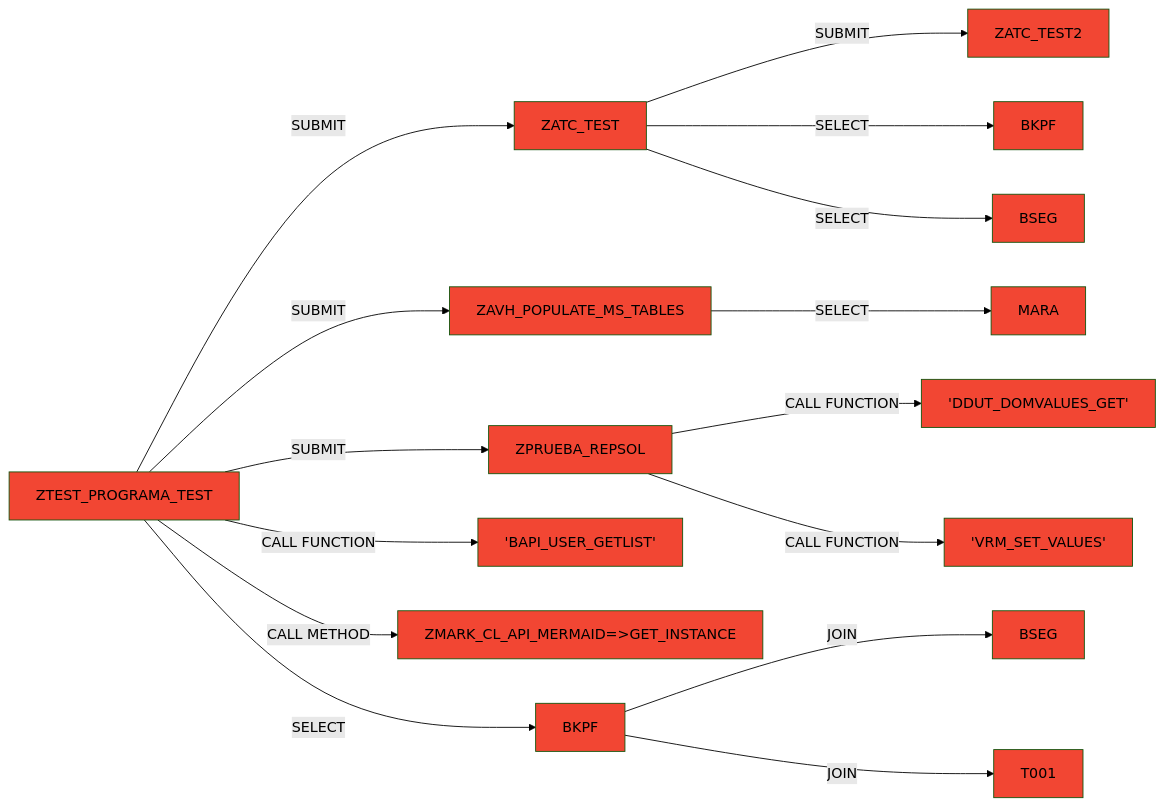
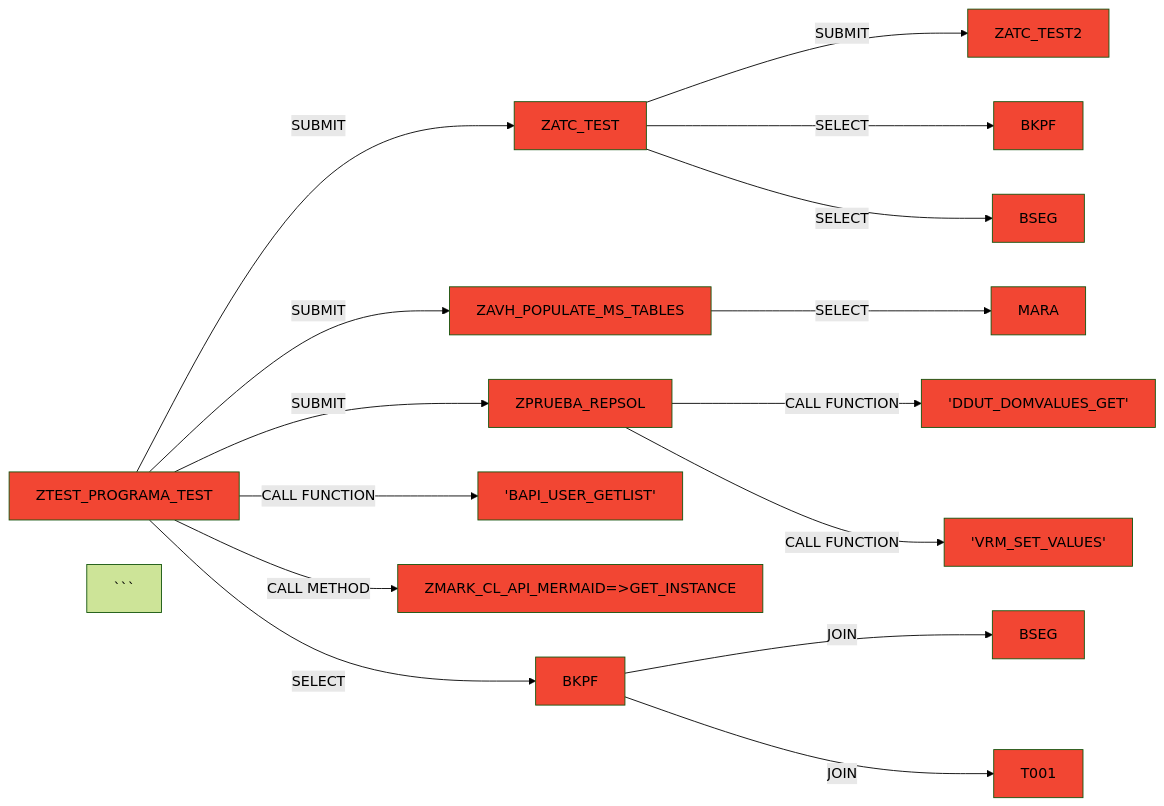
The diagram in ZTEST_PROGRAMA_TEST20181105224217.mdZTEST_PROGRAMA_TEST20181105224217_mermaid.mmd (Guilledeluxe/MarkDown03), drawn with Mermaid (forest theme) before and after one commit.

````diff
--- a/ZTEST_PROGRAMA_TEST20181105224217.mdZTEST_PROGRAMA_TEST20181105224217_mermaid.mmd
+++ b/ZTEST_PROGRAMA_TEST20181105224217.mdZTEST_PROGRAMA_TEST20181105224217_mermaid.mmd
@@ -1,32 +1,31 @@
-```mermaid
 graph LR
 A[ZTEST_PROGRAMA_TEST] -- SUBMIT -->B[ZATC_TEST]
 A[ZTEST_PROGRAMA_TEST] -- SUBMIT -->C[ZAVH_POPULATE_MS_TABLES]
 A[ZTEST_PROGRAMA_TEST] -- SUBMIT -->D[ZPRUEBA_REPSOL]
 A[ZTEST_PROGRAMA_TEST] -- CALL FUNCTION -->E['BAPI_USER_GETLIST']
 A[ZTEST_PROGRAMA_TEST] -- CALL METHOD -->F[ZMARK_CL_API_MERMAID=>GET_INSTANCE]
 A[ZTEST_PROGRAMA_TEST] -- SELECT -->G[BKPF]
 G[BKPF] -- JOIN -->H[BSEG]
 G[BKPF] -- JOIN -->I[T001]
 B[ZATC_TEST] -- SUBMIT -->J[ZATC_TEST2]
 B[ZATC_TEST] -- SELECT -->K[BKPF]
 B[ZATC_TEST] -- SELECT -->L[BSEG]
 C[ZAVH_POPULATE_MS_TABLES] -- SELECT -->M[MARA]
 D[ZPRUEBA_REPSOL] -- CALL FUNCTION -->N['DDUT_DOMVALUES_GET']
 D[ZPRUEBA_REPSOL] -- CALL FUNCTION -->O['VRM_SET_VALUES']
 style A fill:#F24633;
 style B fill:#F24633;
 style C fill:#F24633;
 style D fill:#F24633;
 style E fill:#F24633;
 style F fill:#F24633;
 style G fill:#F24633;
 style H fill:#F24633;
 style I fill:#F24633;
 style J fill:#F24633;
 style K fill:#F24633;
 style L fill:#F24633;
 style M fill:#F24633;
 style N fill:#F24633;
 style O fill:#F24633;
 ```
````
